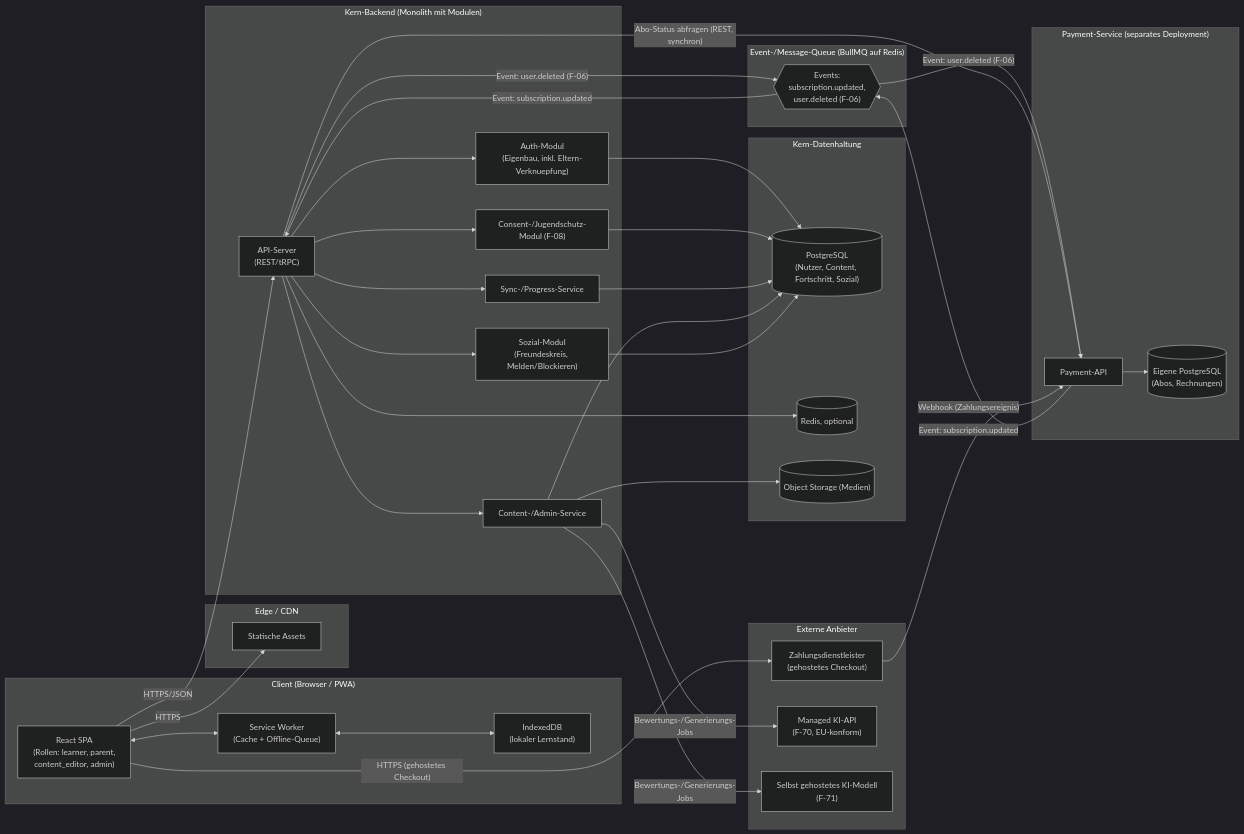
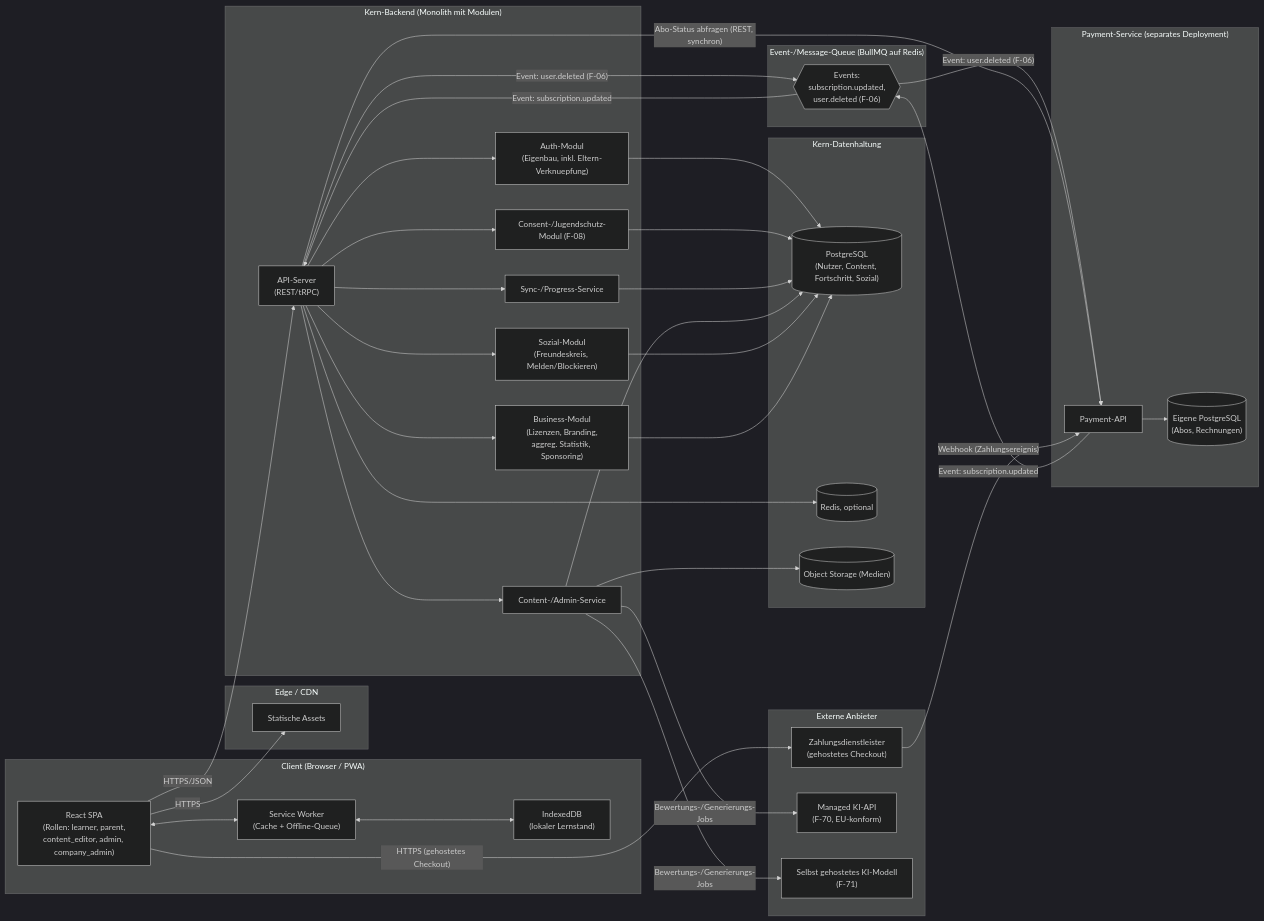
One commit to chmeros/edukedo changed the first of 2 diagrams in docs/Architekturplanung.md. Above: the diagram before and after it, drawn with Mermaid (dark theme). The commit also changed other lines of this file and 2 other files, not shown here.

````diff
--- a/docs/Architekturplanung.md
+++ b/docs/Architekturplanung.md
@@ -54,69 +58,72 @@
 ```mermaid
 flowchart LR
     subgraph Client["Client (Browser / PWA)"]
-        UI["React SPA\n(Rollen: learner, parent,\ncontent_editor, admin)"]
+        UI["React SPA\n(Rollen: learner, parent,\ncontent_editor, admin, company_admin)"]
         SW["Service Worker\n(Cache + Offline-Queue)"]
         IDB["IndexedDB\n(lokaler Lernstand)"]
     end
 
     subgraph Edge["Edge / CDN"]
         CDN["Statische Assets"]
     end
 
     subgraph Core["Kern-Backend (Monolith mit Modulen)"]
         API["API-Server\n(REST/tRPC)"]
         AuthSvc["Auth-Modul\n(Eigenbau, inkl. Eltern-Verknuepfung)"]
         ConsentSvc["Consent-/Jugendschutz-Modul (F-08)"]
         SyncSvc["Sync-/Progress-Service"]
         ContentSvc["Content-/Admin-Service"]
         SocialSvc["Sozial-Modul\n(Freundeskreis, Melden/Blockieren)"]
+        CompanySvc["Business-Modul\n(Lizenzen, Branding,\naggreg. Statistik, Sponsoring)"]
     end
 
     subgraph CoreData["Kern-Datenhaltung"]
         PG[("PostgreSQL\n(Nutzer, Content, Fortschritt, Sozial)")]
         Redis[("Redis, optional")]
         S3[("Object Storage (Medien)")]
     end
 
     subgraph PaySys["Payment-Service (separates Deployment)"]
         PaySvc["Payment-API"]
         PayDB[("Eigene PostgreSQL\n(Abos, Rechnungen)")]
     end
 
     subgraph Queue["Event-/Message-Queue (BullMQ auf Redis)"]
         MQ{{"Events:\nsubscription.updated,\nuser.deleted (F-06)"}}
     end
 
     subgraph External["Externe Anbieter"]
         PSP["Zahlungsdienstleister\n(gehostetes Checkout)"]
         AIManaged["Managed KI-API\n(F-70, EU-konform)"]
         AISelf["Selbst gehostetes KI-Modell\n(F-71)"]
     end
 
     UI <--> SW
     SW <--> IDB
     UI -- "HTTPS" --> CDN
     UI -- "HTTPS/JSON" --> API
     UI -- "HTTPS (gehostetes Checkout)" --> PSP
     API -- "Event: user.deleted (F-06)" --> MQ
     MQ -- "Event: subscription.updated" --> API
     PaySvc -- "Event: subscription.updated" --> MQ
     MQ -- "Event: user.deleted (F-06)" --> PaySvc
     API --> AuthSvc
     API --> ConsentSvc
     API --> SyncSvc
     API --> ContentSvc
     API --> SocialSvc
+    API --> CompanySvc
     AuthSvc --> PG
     ConsentSvc --> PG
     SyncSvc --> PG
     ContentSvc --> PG
     SocialSvc --> PG
+    CompanySvc --> PG
     API --> Redis
     ContentSvc --> S3
     API -- "Abo-Status abfragen (REST, synchron)" --> PaySvc
     PaySvc --> PayDB
     PSP -- "Webhook (Zahlungsereignis)" --> PaySvc
     ContentSvc -- "Bewertungs-/Generierungs-Jobs" --> AIManaged
     ContentSvc -- "Bewertungs-/Generierungs-Jobs" --> AISelf
 ```
````
